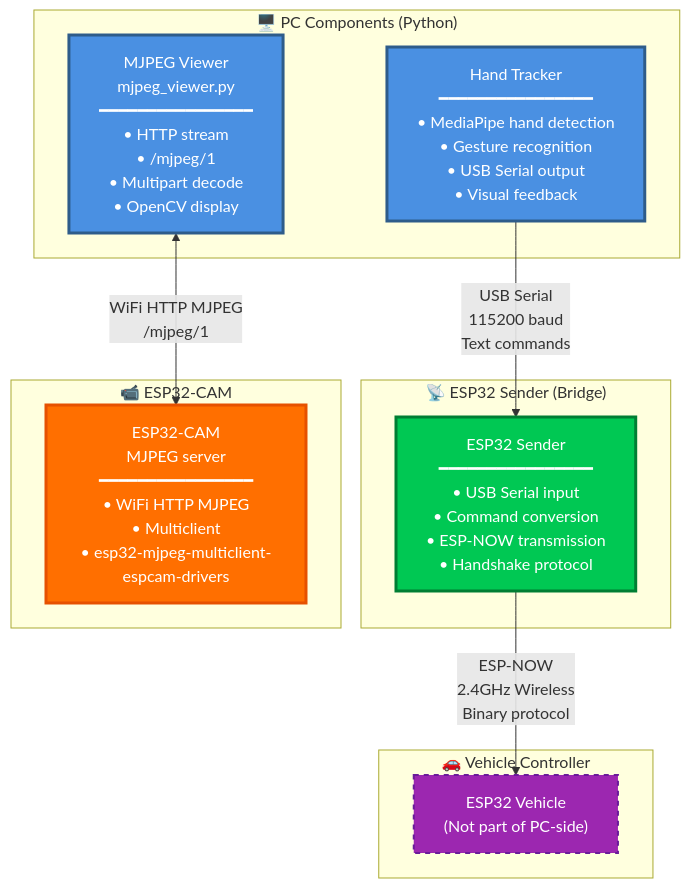
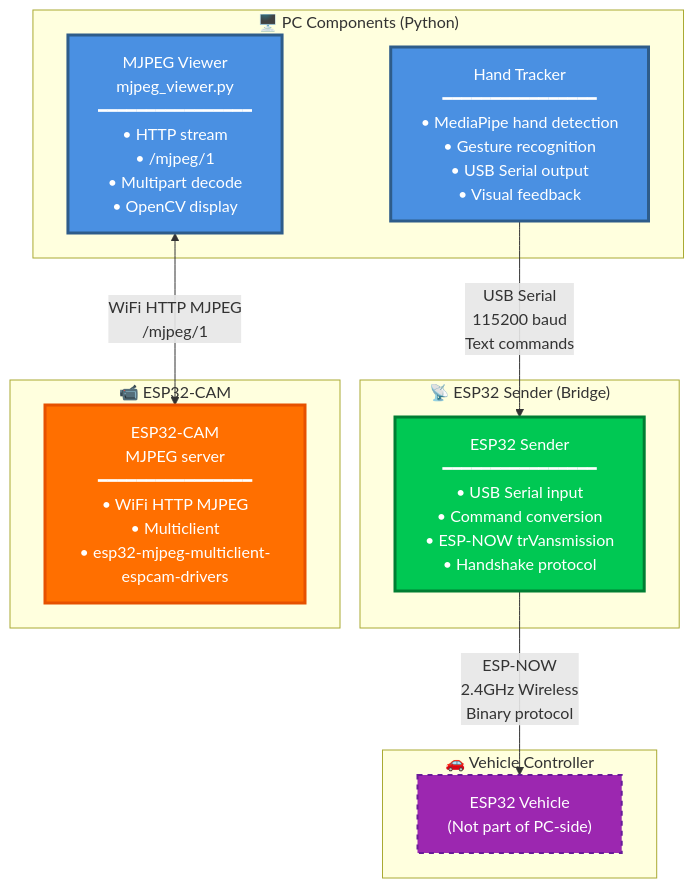
Before and after one commit to Yaniv23/final-project-gesture-car: the first of 4 diagrams in pc_side/README.md, drawn with Mermaid. The commit also changed other lines of this file and 52 other files, not shown here.

````diff
--- a/pc_side/README.md
+++ b/pc_side/README.md
@@ -38,33 +38,33 @@
 ```mermaid
 graph TB
     subgraph PC["🖥️ PC Components (Python)"]
         HandTracker["Hand Tracker<br/>━━━━━━━━━━━━━━━━<br/>• MediaPipe hand detection<br/>• Gesture recognition<br/>• USB Serial output<br/>• Visual feedback"]
         CameraViewer["MJPEG Viewer<br/>mjpeg_viewer.py<br/>━━━━━━━━━━━━━━━━<br/>• HTTP stream<br/>• /mjpeg/1<br/>• Multipart decode<br/>• OpenCV display"]
     end
     
     subgraph ESP32Sender["📡 ESP32 Sender (Bridge)"]
-        Sender["ESP32 Sender<br/>━━━━━━━━━━━━━━━━<br/>• USB Serial input<br/>• Command conversion<br/>• ESP-NOW transmission<br/>• Handshake protocol"]
+        Sender["ESP32 Sender<br/>━━━━━━━━━━━━━━━━<br/>• USB Serial input<br/>• Command conversion<br/>• ESP-NOW trVansmission<br/>• Handshake protocol"]
     end
     
     subgraph ESP32Camera["📹 ESP32-CAM"]
         Camera["ESP32-CAM<br/>MJPEG server<br/>━━━━━━━━━━━━━━━━<br/>• WiFi HTTP MJPEG<br/>• Multiclient<br/>• esp32-mjpeg-multiclient-espcam-drivers"]
     end
     
     subgraph Vehicle["🚗 Vehicle Controller"]
         Controller["ESP32 Vehicle<br/>(Not part of PC-side)"]
     end
     
     HandTracker -->|USB Serial<br/>115200 baud<br/>Text commands| Sender
     Sender -->|ESP-NOW<br/>2.4GHz Wireless<br/>Binary protocol| Controller
     CameraViewer <-->|WiFi HTTP MJPEG<br/>/mjpeg/1| Camera
     
     classDef pcStyle fill:#4A90E2,stroke:#2E5C8A,stroke-width:3px,color:#fff
     classDef esp32Style fill:#00C853,stroke:#007E33,stroke-width:3px,color:#fff
     classDef cameraStyle fill:#FF6F00,stroke:#E65100,stroke-width:3px,color:#fff
     classDef vehicleStyle fill:#9C27B0,stroke:#6A1B9A,stroke-width:2px,color:#fff,stroke-dasharray: 5 5
     
     class HandTracker,CameraViewer pcStyle
     class Sender esp32Style
     class Camera cameraStyle
     class Controller vehicleStyle
 ```
````
